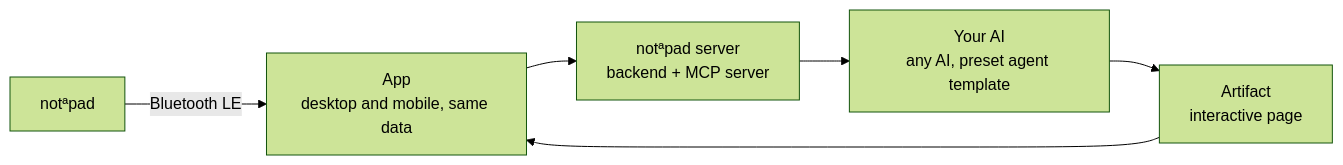
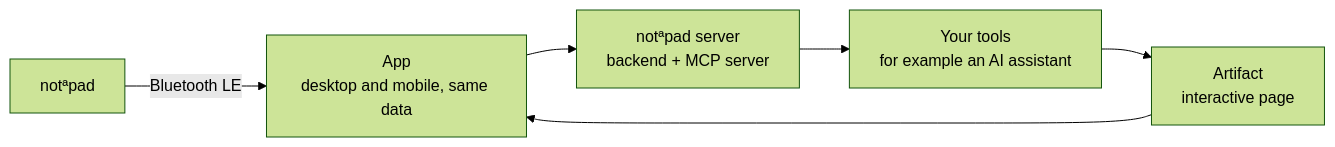
One commit to PZero/notapad changed the second of 2 diagrams in README.md. Above: the diagram before and after it, drawn with Mermaid (forest theme). The commit also changed other lines of this file, not shown here.

Commit message:
readme: present notapad as a recorder with an open data layer, AI as one of the user's tools

````diff
--- a/README.md
+++ b/README.md
@@ -80,8 +80,8 @@
 ```mermaid
 flowchart LR
   DEV[notªpad] -->|Bluetooth LE| APP[App<br/>desktop and mobile, same data]
   APP --> SRV[notªpad server<br/>backend + MCP server]
-  SRV --> AI[Your AI<br/>any AI, preset agent template]
+  SRV --> AI[Your tools<br/>for example an AI assistant]
   AI --> ART[Artifact<br/>interactive page]
   ART --> APP
 ```
````
